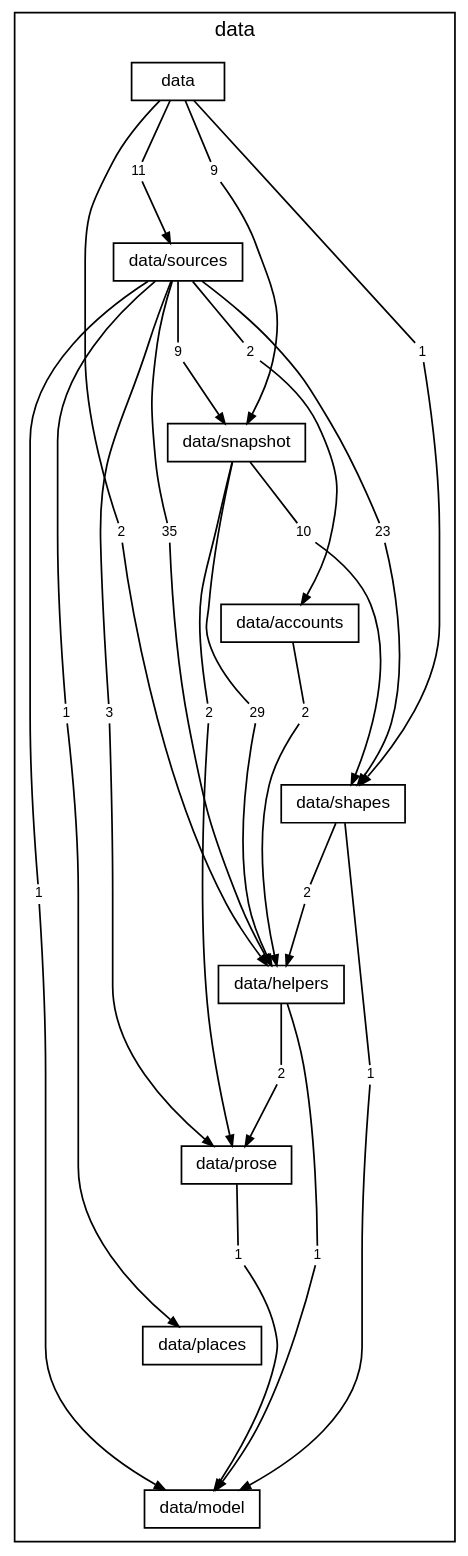
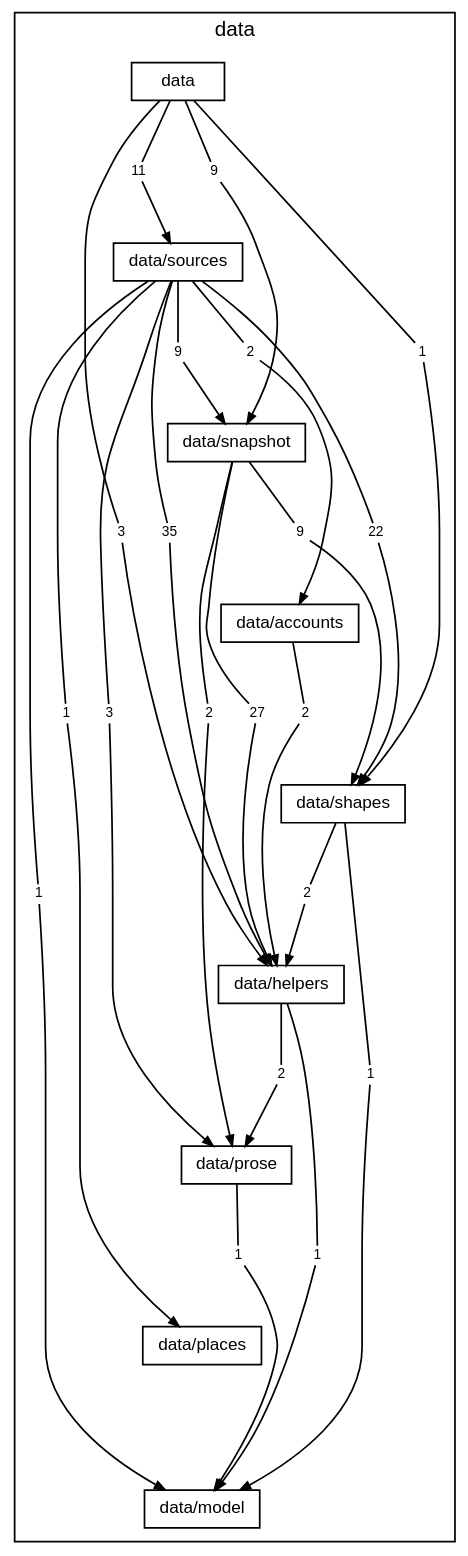
Before and after one commit to TheAxeC/oculus: the diagram in docs/diagrams/layer-data.dot, drawn with Graphviz. The commit also changed 203 other files, not shown here.

```diff
--- a/docs/diagrams/layer-data.dot
+++ b/docs/diagrams/layer-data.dot
@@ -1,85 +1,85 @@
 digraph layer_data {
     graph [bgcolor="transparent", rankdir=TB, newrank=true, mclimit=4, fontname="Helvetica,Arial,sans-serif", fontsize=12, nodesep=0.2, ranksep=0.5];
     node [shape=box, color="black", fontcolor="black", fontname="Helvetica,Arial,sans-serif", fontsize=10, height=0.3, margin="0.12,0.04"];
     edge [color="black", fontcolor="black", fontname="Helvetica,Arial,sans-serif", fontsize=8, arrowsize=0.6];
     subgraph "cluster_data" {
         label="data"; style=solid;
         "folder data" [label="data"];
         "folder data/sources" [label="data/sources"];
         "folder data/snapshot" [label="data/snapshot"];
         "folder data/accounts" [label="data/accounts"];
         "folder data/shapes" [label="data/shapes"];
         "folder data/helpers" [label="data/helpers"];
         "folder data/prose" [label="data/prose"];
         "folder data/places" [label="data/places"];
         "folder data/model" [label="data/model"];
-        "folder data to folder data/helpers" [label="2", shape=box, color="transparent", fontsize=8, width=0, height=0, margin="0.04,0.02"];
+        "folder data to folder data/helpers" [label="3", shape=box, color="transparent", fontsize=8, width=0, height=0, margin="0.04,0.02"];
         "folder data to folder data/shapes" [label="1", shape=box, color="transparent", fontsize=8, width=0, height=0, margin="0.04,0.02"];
         "folder data to folder data/snapshot" [label="9", shape=box, color="transparent", fontsize=8, width=0, height=0, margin="0.04,0.02"];
         "folder data to folder data/sources" [label="11", shape=box, color="transparent", fontsize=8, width=0, height=0, margin="0.04,0.02"];
         "folder data/sources to folder data/accounts" [label="2", shape=box, color="transparent", fontsize=8, width=0, height=0, margin="0.04,0.02"];
         "folder data/sources to folder data/helpers" [label="35", shape=box, color="transparent", fontsize=8, width=0, height=0, margin="0.04,0.02"];
         "folder data/sources to folder data/model" [label="1", shape=box, color="transparent", fontsize=8, width=0, height=0, margin="0.04,0.02"];
         "folder data/sources to folder data/places" [label="1", shape=box, color="transparent", fontsize=8, width=0, height=0, margin="0.04,0.02"];
         "folder data/sources to folder data/prose" [label="3", shape=box, color="transparent", fontsize=8, width=0, height=0, margin="0.04,0.02"];
-        "folder data/sources to folder data/shapes" [label="23", shape=box, color="transparent", fontsize=8, width=0, height=0, margin="0.04,0.02"];
+        "folder data/sources to folder data/shapes" [label="22", shape=box, color="transparent", fontsize=8, width=0, height=0, margin="0.04,0.02"];
         "folder data/sources to folder data/snapshot" [label="9", shape=box, color="transparent", fontsize=8, width=0, height=0, margin="0.04,0.02"];
-        "folder data/snapshot to folder data/helpers" [label="29", shape=box, color="transparent", fontsize=8, width=0, height=0, margin="0.04,0.02"];
+        "folder data/snapshot to folder data/helpers" [label="27", shape=box, color="transparent", fontsize=8, width=0, height=0, margin="0.04,0.02"];
         "folder data/snapshot to folder data/prose" [label="2", shape=box, color="transparent", fontsize=8, width=0, height=0, margin="0.04,0.02"];
-        "folder data/snapshot to folder data/shapes" [label="10", shape=box, color="transparent", fontsize=8, width=0, height=0, margin="0.04,0.02"];
+        "folder data/snapshot to folder data/shapes" [label="9", shape=box, color="transparent", fontsize=8, width=0, height=0, margin="0.04,0.02"];
         "folder data/accounts to folder data/helpers" [label="2", shape=box, color="transparent", fontsize=8, width=0, height=0, margin="0.04,0.02"];
         "folder data/shapes to folder data/helpers" [label="2", shape=box, color="transparent", fontsize=8, width=0, height=0, margin="0.04,0.02"];
         "folder data/shapes to folder data/model" [label="1", shape=box, color="transparent", fontsize=8, width=0, height=0, margin="0.04,0.02"];
         "folder data/helpers to folder data/model" [label="1", shape=box, color="transparent", fontsize=8, width=0, height=0, margin="0.04,0.02"];
         "folder data/helpers to folder data/prose" [label="2", shape=box, color="transparent", fontsize=8, width=0, height=0, margin="0.04,0.02"];
         "folder data/prose to folder data/model" [label="1", shape=box, color="transparent", fontsize=8, width=0, height=0, margin="0.04,0.02"];
     }
     "folder data" -> "folder data/sources" [style=invis, weight=10, minlen=2];
     "folder data/sources" -> "folder data/snapshot" [style=invis, weight=10, minlen=2];
     "folder data/snapshot" -> "folder data/accounts" [style=invis, weight=10, minlen=2];
     "folder data/accounts" -> "folder data/shapes" [style=invis, weight=10, minlen=2];
     "folder data/shapes" -> "folder data/helpers" [style=invis, weight=10, minlen=2];
     "folder data/helpers" -> "folder data/prose" [style=invis, weight=10, minlen=2];
     "folder data/prose" -> "folder data/places" [style=invis, weight=10, minlen=2];
     "folder data/places" -> "folder data/model" [style=invis, weight=10, minlen=2];
     "folder data" -> "folder data to folder data/helpers" [arrowhead=none, minlen=5, weight=10];
     "folder data to folder data/helpers" -> "folder data/helpers" [];
     "folder data" -> "folder data to folder data/shapes" [arrowhead=none, minlen=3, weight=10];
     "folder data to folder data/shapes" -> "folder data/shapes" [];
     "folder data" -> "folder data to folder data/snapshot" [arrowhead=none, minlen=1, weight=10];
     "folder data to folder data/snapshot" -> "folder data/snapshot" [];
     "folder data" -> "folder data to folder data/sources" [arrowhead=none, minlen=1, weight=10];
     "folder data to folder data/sources" -> "folder data/sources" [];
     "folder data/sources" -> "folder data/sources to folder data/accounts" [arrowhead=none, minlen=1, weight=10];
     "folder data/sources to folder data/accounts" -> "folder data/accounts" [];
     "folder data/sources" -> "folder data/sources to folder data/helpers" [arrowhead=none, minlen=3, weight=10];
     "folder data/sources to folder data/helpers" -> "folder data/helpers" [];
     "folder data/sources" -> "folder data/sources to folder data/model" [arrowhead=none, minlen=7, weight=10];
     "folder data/sources to folder data/model" -> "folder data/model" [];
     "folder data/sources" -> "folder data/sources to folder data/places" [arrowhead=none, minlen=5, weight=10];
     "folder data/sources to folder data/places" -> "folder data/places" [];
     "folder data/sources" -> "folder data/sources to folder data/prose" [arrowhead=none, minlen=5, weight=10];
     "folder data/sources to folder data/prose" -> "folder data/prose" [];
     "folder data/sources" -> "folder data/sources to folder data/shapes" [arrowhead=none, minlen=3, weight=10];
     "folder data/sources to folder data/shapes" -> "folder data/shapes" [];
     "folder data/sources" -> "folder data/sources to folder data/snapshot" [arrowhead=none, minlen=1, weight=10];
     "folder data/sources to folder data/snapshot" -> "folder data/snapshot" [];
     "folder data/snapshot" -> "folder data/snapshot to folder data/helpers" [arrowhead=none, minlen=3, weight=10];
     "folder data/snapshot to folder data/helpers" -> "folder data/helpers" [];
     "folder data/snapshot" -> "folder data/snapshot to folder data/prose" [arrowhead=none, minlen=3, weight=10];
     "folder data/snapshot to folder data/prose" -> "folder data/prose" [];
     "folder data/snapshot" -> "folder data/snapshot to folder data/shapes" [arrowhead=none, minlen=1, weight=10];
     "folder data/snapshot to folder data/shapes" -> "folder data/shapes" [];
     "folder data/accounts" -> "folder data/accounts to folder data/helpers" [arrowhead=none, minlen=1, weight=10];
     "folder data/accounts to folder data/helpers" -> "folder data/helpers" [];
     "folder data/shapes" -> "folder data/shapes to folder data/helpers" [arrowhead=none, minlen=1, weight=10];
     "folder data/shapes to folder data/helpers" -> "folder data/helpers" [];
     "folder data/shapes" -> "folder data/shapes to folder data/model" [arrowhead=none, minlen=3, weight=10];
     "folder data/shapes to folder data/model" -> "folder data/model" [];
     "folder data/helpers" -> "folder data/helpers to folder data/model" [arrowhead=none, minlen=3, weight=10];
     "folder data/helpers to folder data/model" -> "folder data/model" [];
     "folder data/helpers" -> "folder data/helpers to folder data/prose" [arrowhead=none, minlen=1, weight=10];
     "folder data/helpers to folder data/prose" -> "folder data/prose" [];
     "folder data/prose" -> "folder data/prose to folder data/model" [arrowhead=none, minlen=1, weight=10];
     "folder data/prose to folder data/model" -> "folder data/model" [];
 }
```
